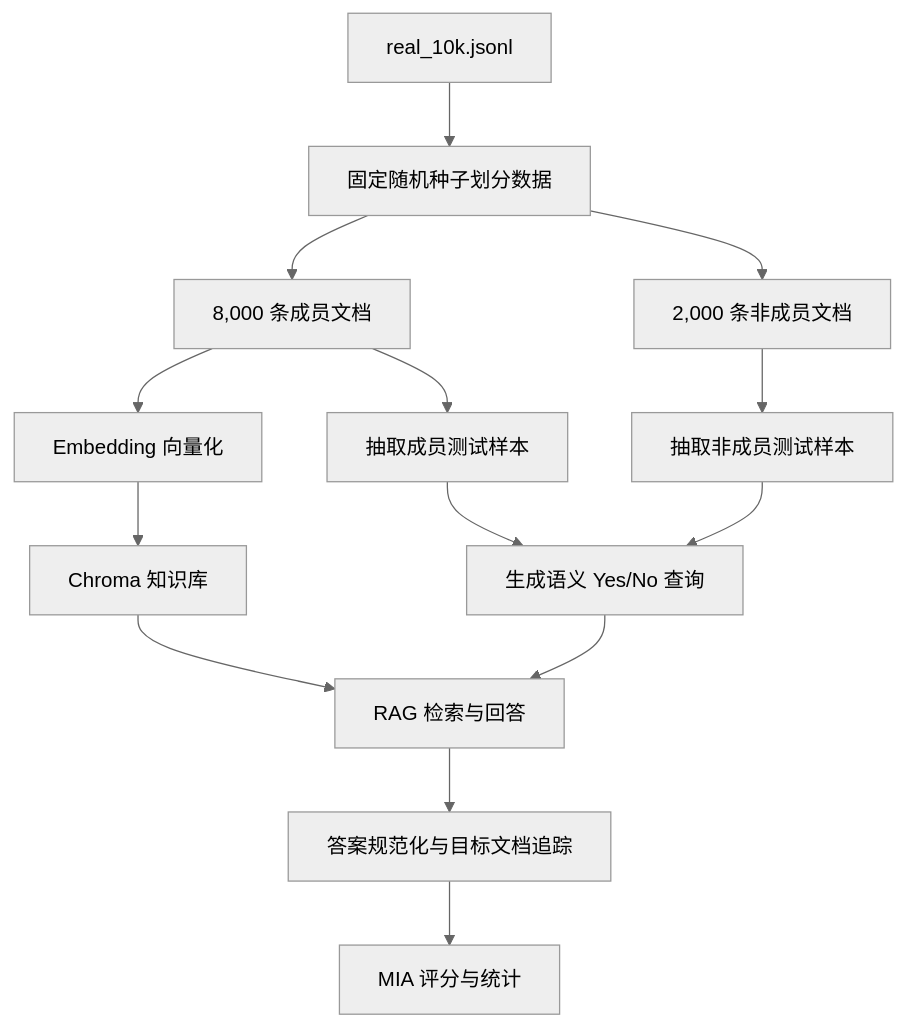
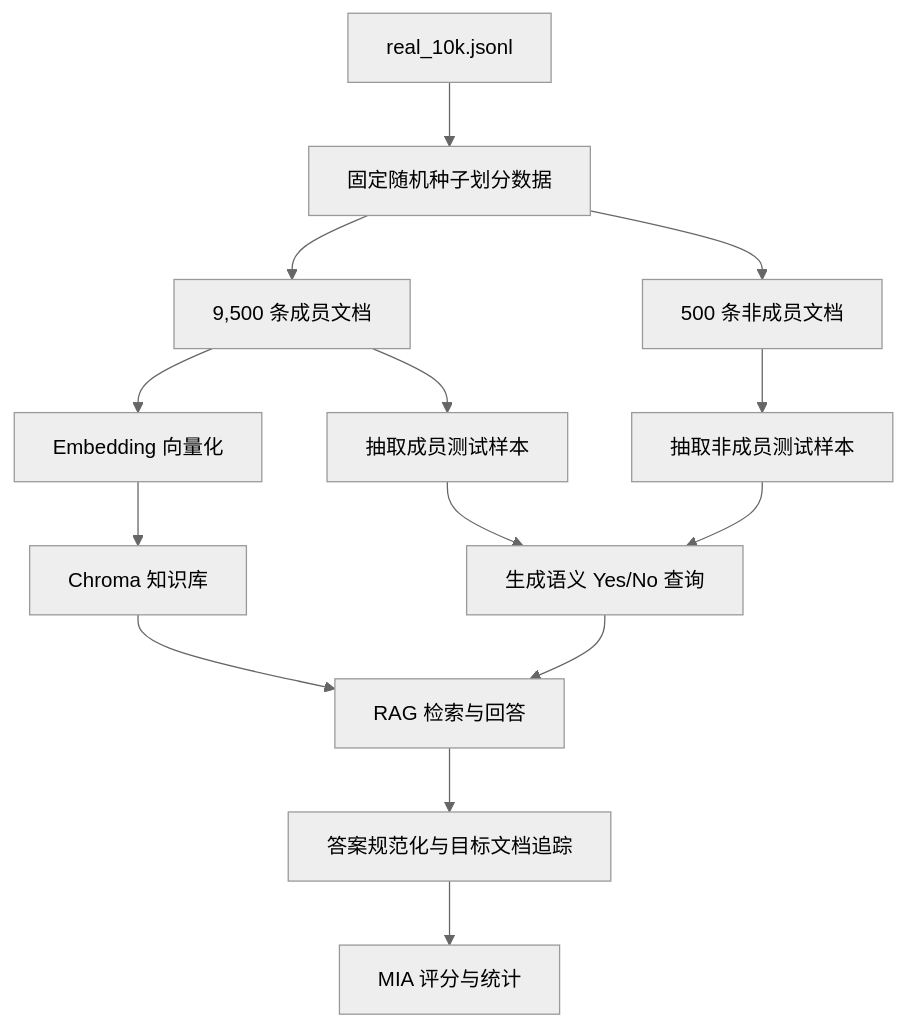
One commit to rantong-research/rag-membership-inference changed the diagram in README.md. Above: the diagram before and after it, drawn with Mermaid (neutral theme). The commit also changed other lines of this file, not shown here.

````diff
--- a/README.md
+++ b/README.md
@@ -24,16 +24,16 @@
 ```mermaid
 flowchart TD
     A[real_10k.jsonl] --> B[固定随机种子划分数据]
-    B --> C[8,000 条成员文档]
-    B --> D[2,000 条非成员文档]
+    B --> C[9,500 条成员文档]
+    B --> D[500 条非成员文档]
     C --> E[Embedding 向量化]
     E --> F[Chroma 知识库]
     C --> G[抽取成员测试样本]
     D --> H[抽取非成员测试样本]
     G --> I[生成语义 Yes/No 查询]
     H --> I
     I --> J[RAG 检索与回答]
     F --> J
     J --> K[答案规范化与目标文档追踪]
     K --> L[MIA 评分与统计]
 ```
````
